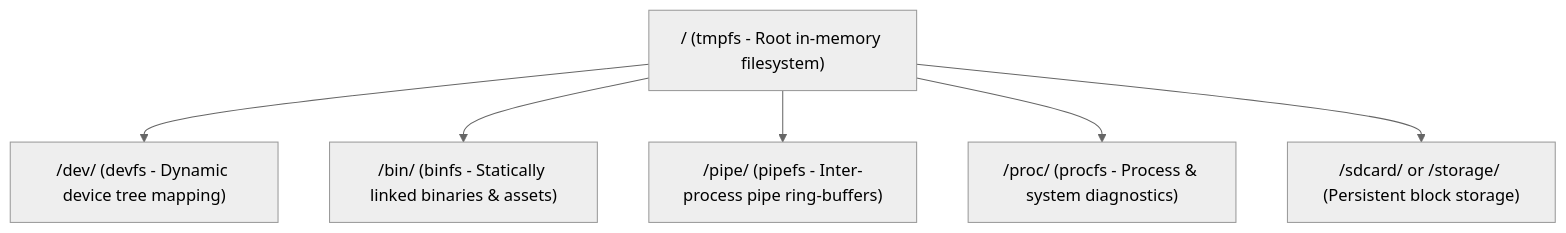
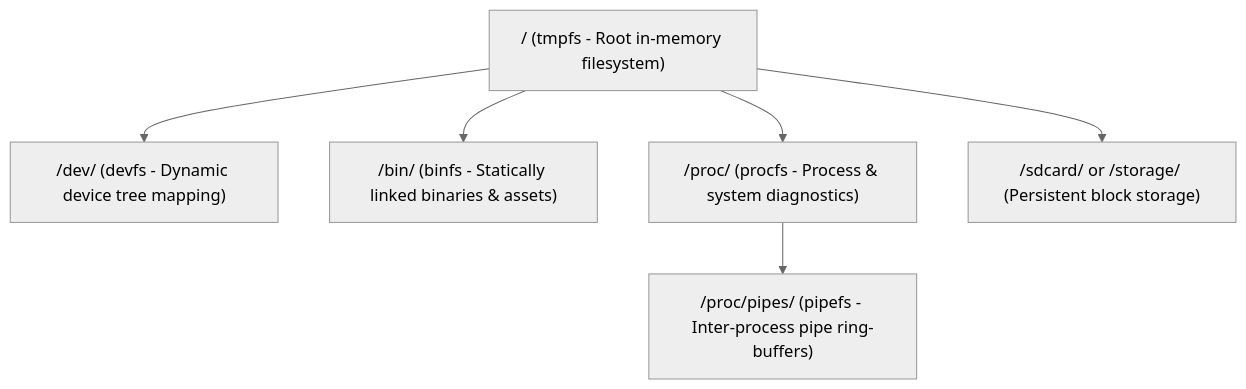
One commit to frostmorn/eos changed the diagram in docs/architecture/vfs-and-filesystems.md. Above: the diagram before and after it, drawn with Mermaid (neutral theme). The commit also changed other lines of this file and 39 other files, not shown here.

````diff
--- a/docs/architecture/vfs-and-filesystems.md
+++ b/docs/architecture/vfs-and-filesystems.md
@@ -9,9 +9,9 @@
 ```mermaid
 graph TD
     Root["/ (tmpfs - Root in-memory filesystem)"]
     Root --> Dev["/dev/ (devfs - Dynamic device tree mapping)"]
     Root --> Bin["/bin/ (binfs - Statically linked binaries & assets)"]
-    Root --> Pipe["/pipe/ (pipefs - Inter-process pipe ring-buffers)"]
     Root --> Proc["/proc/ (procfs - Process & system diagnostics)"]
+    Proc --> Pipe["/proc/pipes/ (pipefs - Inter-process pipe ring-buffers)"]
     Root --> Mounts["/sdcard/ or /storage/ (Persistent block storage)"]
 ```
````
